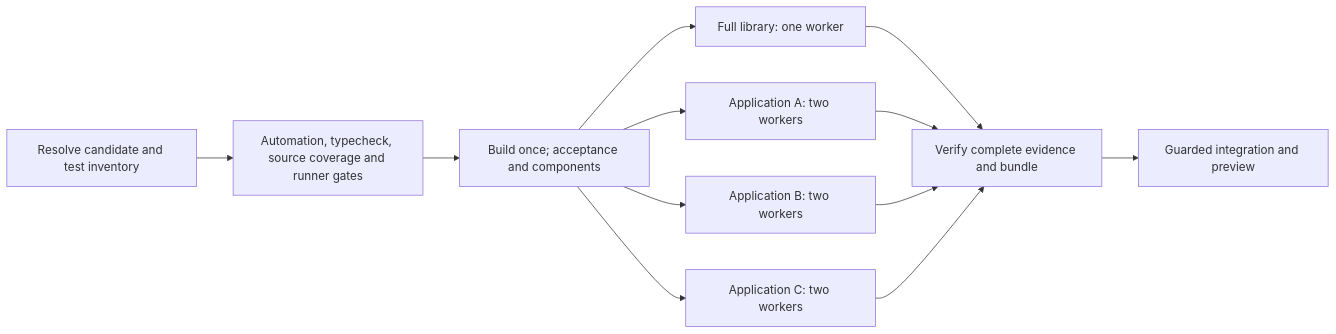
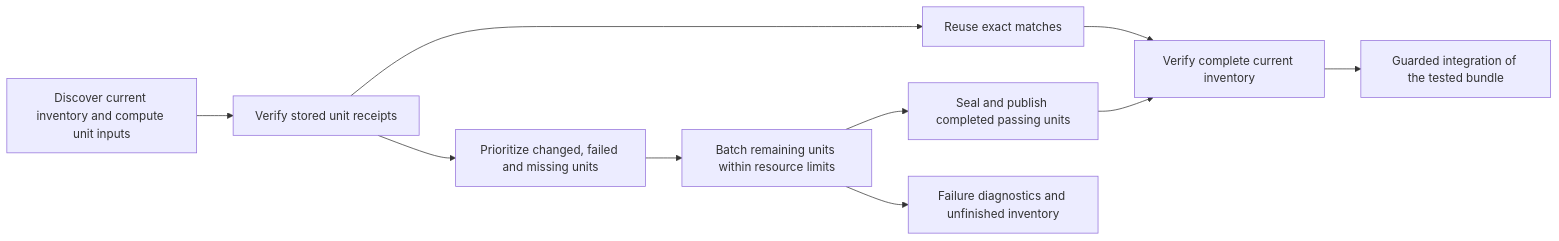
Before and after one commit to superhero/operations.superduper.solutions: the diagram in docs/ci-test-orchestration.md, drawn with Mermaid. The commit also changed other lines of this file and 1 other file, not shown here.

````diff
--- a/docs/ci-test-orchestration.md
+++ b/docs/ci-test-orchestration.md
@@ -213,14 +346,12 @@
 ```mermaid
 flowchart LR
-    P[Resolve candidate and test inventory] --> Q[Automation, typecheck, source coverage and runner gates]
-    Q --> B[Build once; acceptance and components]
-    B --> L[Full library: one worker]
-    B --> A[Application A: two workers]
-    B --> C[Application B: two workers]
-    B --> D[Application C: two workers]
-    L --> V[Verify complete evidence and bundle]
-    A --> V
-    C --> V
-    D --> V
-    V --> M[Guarded integration and preview]
+    P[Discover current inventory and compute unit inputs] --> C[Verify stored unit receipts]
+    C --> H[Reuse exact matches]
+    C --> U[Prioritize changed, failed and missing units]
+    U --> B[Batch remaining units within resource limits]
+    B --> S[Seal and publish completed passing units]
+    B --> D[Failure diagnostics and unfinished inventory]
+    H --> A[Verify complete current inventory]
+    S --> A
+    A --> M[Guarded integration of the tested bundle]
 ```
````
